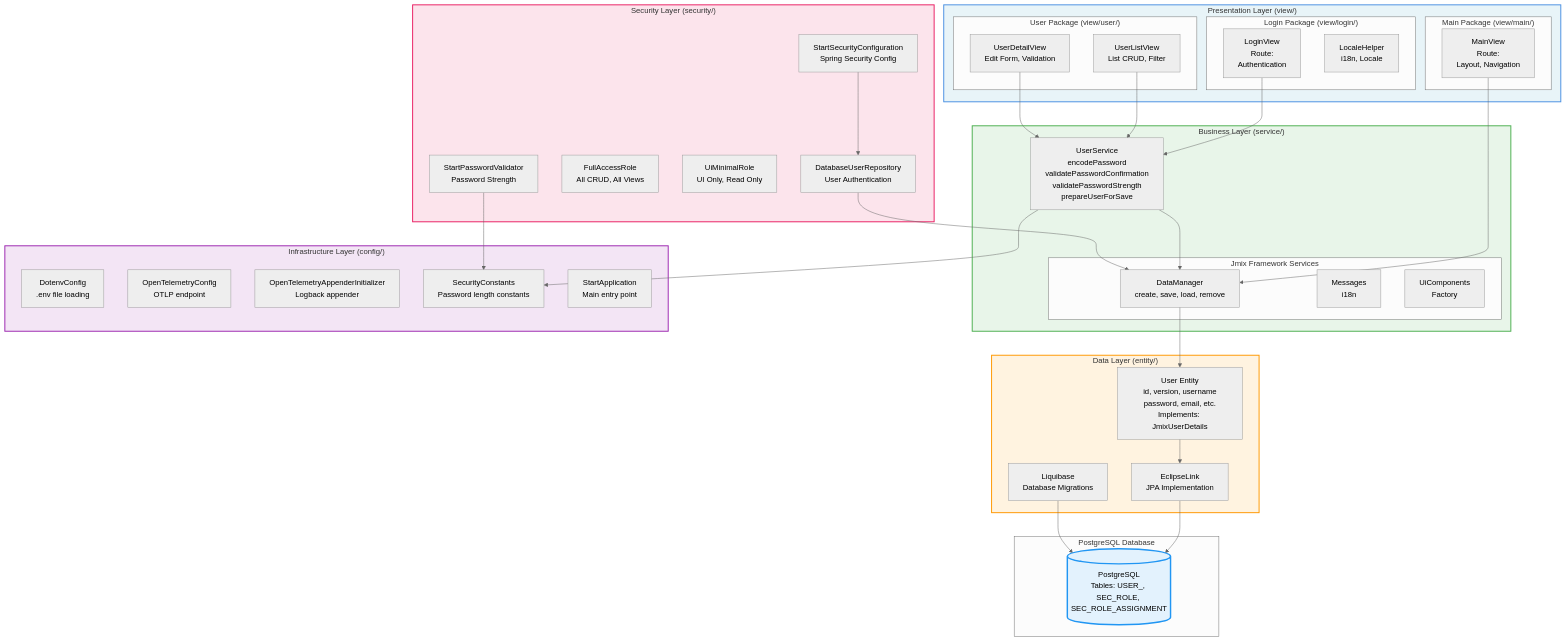
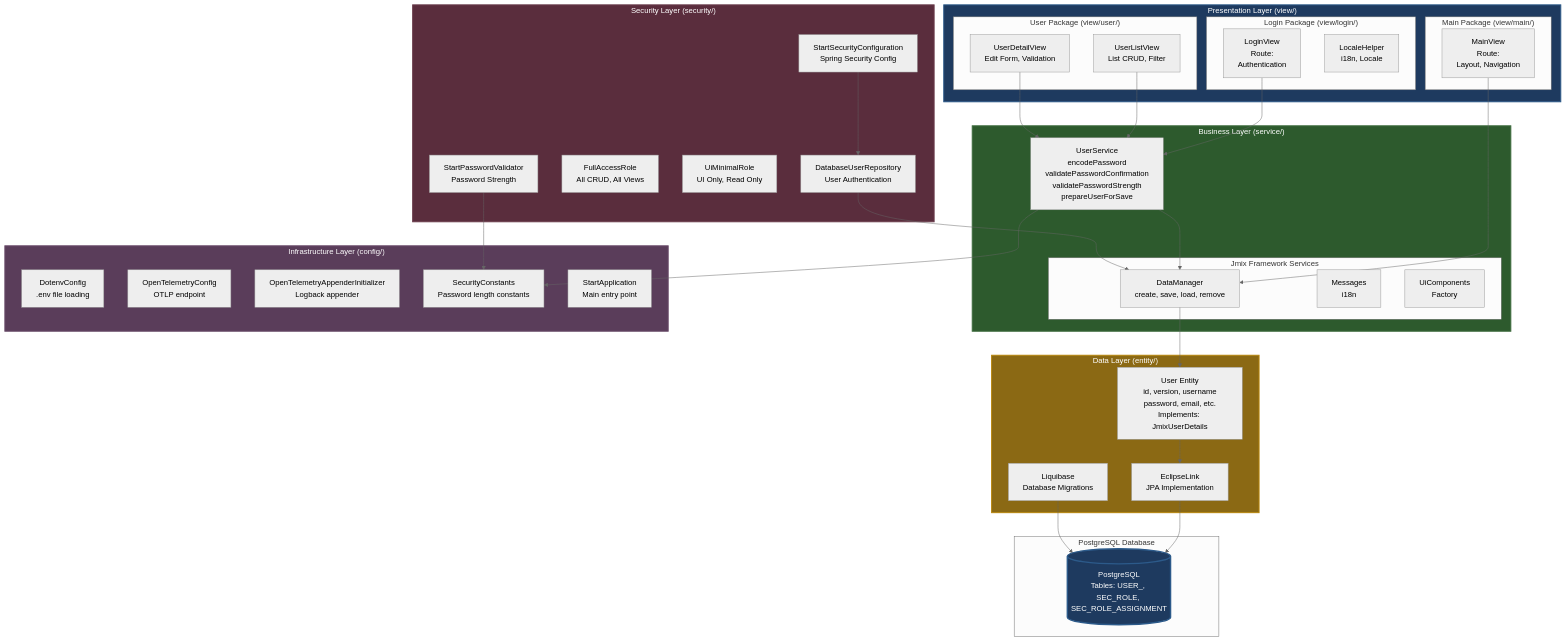
One commit to sovavibe/start changed the third of 11 diagrams in docs/architecture/ARCHITECTURE.md. Above: the diagram before and after it, drawn with Mermaid (neutral theme). The commit also changed other lines of this file and 103 other files, not shown here.

````diff
--- a/docs/architecture/ARCHITECTURE.md
+++ b/docs/architecture/ARCHITECTURE.md
@@ -110,78 +110,78 @@
 ```mermaid
 graph TB
     subgraph Presentation["Presentation Layer (view/)"]
         subgraph LoginPkg["Login Package (view/login/)"]
             LoginView[LoginView<br/>Route: ""<br/>Authentication]
             LocaleHelper[LocaleHelper<br/>i18n, Locale]
         end
         
         subgraph MainPkg["Main Package (view/main/)"]
             MainView[MainView<br/>Route: ""<br/>Layout, Navigation]
         end
         
         subgraph UserPkg["User Package (view/user/)"]
             UserListView[UserListView<br/>List CRUD, Filter]
             UserDetailView[UserDetailView<br/>Edit Form, Validation]
         end
     end
     
     subgraph Business["Business Layer (service/)"]
         UserService[UserService<br/>encodePassword<br/>validatePasswordConfirmation<br/>validatePasswordStrength<br/>prepareUserForSave]
         
         subgraph JmixServices["Jmix Framework Services"]
             DataManager[DataManager<br/>create, save, load, remove]
             Messages[Messages<br/>i18n]
             UiComponents[UiComponents<br/>Factory]
         end
     end
     
     subgraph Data["Data Layer (entity/)"]
         UserEntity[User Entity<br/>id, version, username<br/>password, email, etc.<br/>Implements: JmixUserDetails]
         EclipseLink[EclipseLink<br/>JPA Implementation]
         Liquibase[Liquibase<br/>Database Migrations]
     end
     
     subgraph Security["Security Layer (security/)"]
         SecurityConfig[StartSecurityConfiguration<br/>Spring Security Config]
         UserRepo[DatabaseUserRepository<br/>User Authentication]
         FullRole[FullAccessRole<br/>All CRUD, All Views]
         UiRole[UiMinimalRole<br/>UI Only, Read Only]
         PasswordValidator[StartPasswordValidator<br/>Password Strength]
     end
     
     subgraph Infra["Infrastructure Layer (config/)"]
         DotenvConfig[DotenvConfig<br/>.env file loading]
         OTelConfig[OpenTelemetryConfig<br/>OTLP endpoint]
         OTelAppender[OpenTelemetryAppenderInitializer<br/>Logback appender]
         SecurityConstants[SecurityConstants<br/>Password length constants]
         StartApp[StartApplication<br/>Main entry point]
     end
     
     subgraph Database["PostgreSQL Database"]
         DB[(PostgreSQL<br/>Tables: USER_, SEC_ROLE, SEC_ROLE_ASSIGNMENT)]
     end
     
     LoginView --> UserService
     MainView --> DataManager
     UserListView --> UserService
     UserDetailView --> UserService
     
     UserService --> DataManager
     UserService --> SecurityConstants
     
     DataManager --> UserEntity
     UserEntity --> EclipseLink
     EclipseLink --> DB
     Liquibase --> DB
     
     UserRepo --> DataManager
     SecurityConfig --> UserRepo
     PasswordValidator --> SecurityConstants
     
-    style Presentation fill:#e8f4f8,stroke:#4a90e2,stroke-width:2px
-    style Business fill:#e8f5e9,stroke:#4caf50,stroke-width:2px
-    style Data fill:#fff3e0,stroke:#ff9800,stroke-width:2px
-    style Security fill:#fce4ec,stroke:#e91e63,stroke-width:2px
-    style Infra fill:#f3e5f5,stroke:#9c27b0,stroke-width:2px
-    style DB fill:#e3f2fd,stroke:#2196f3,stroke-width:3px
+    style Presentation fill:#1e3a5f,stroke:#2c5a8a,stroke-width:2px,color:#fff
+    style Business fill:#2d5a2d,stroke:#3d6b3d,stroke-width:2px,color:#fff
+    style Data fill:#8b6914,stroke:#b8860b,stroke-width:2px,color:#fff
+    style Security fill:#5a2d3d,stroke:#6b3d4d,stroke-width:2px,color:#fff
+    style Infra fill:#5a3d5a,stroke:#6b4d6b,stroke-width:2px,color:#fff
+    style DB fill:#1e3a5f,stroke:#2c5a8a,stroke-width:3px,color:#fff
 ```
````
